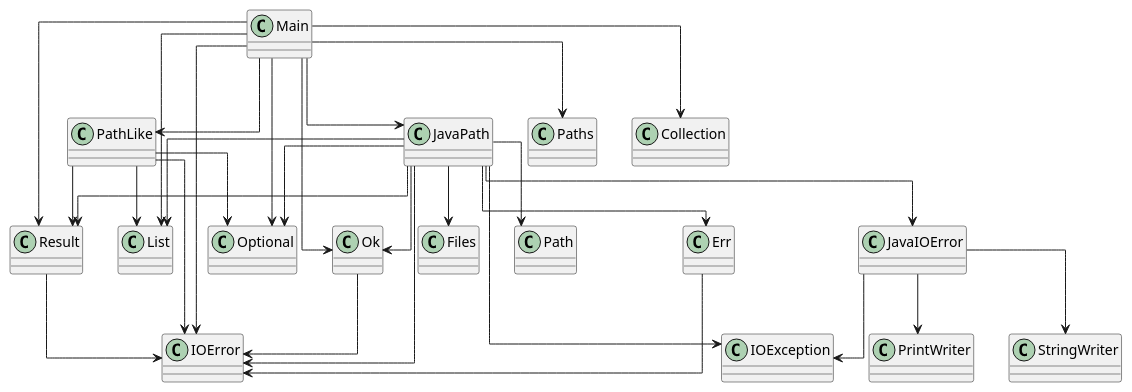
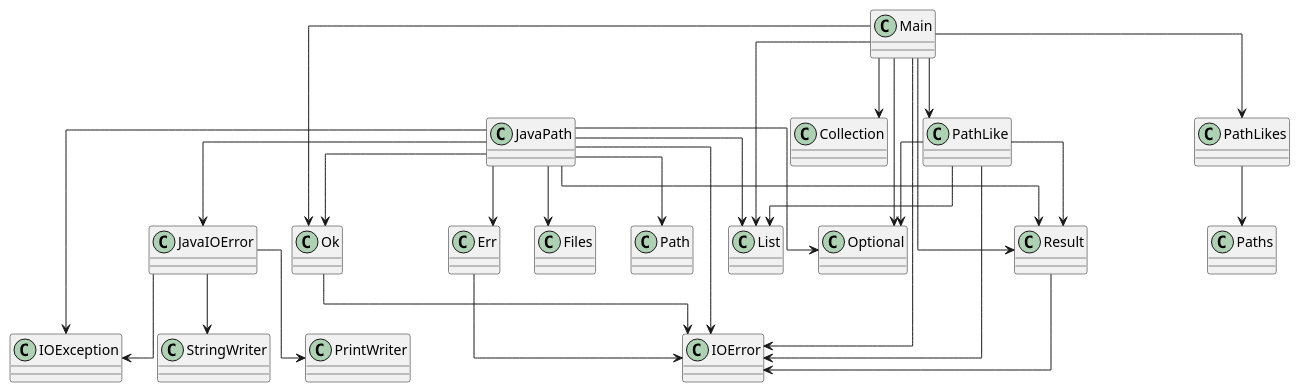
One commit to SirMathhman/Magma changed the diagram in diagram.puml. Above: the diagram before and after it, drawn with PlantUML. The commit also changed 2 other files, not shown here.

Commit message:
PathLikes

```diff
--- a/diagram.puml
+++ b/diagram.puml
@@ -1,41 +1,42 @@
 @startuml
 skinparam linetype ortho
 class IOError
 class JavaIOError
 JavaIOError --> IOException
 JavaIOError --> PrintWriter
 JavaIOError --> StringWriter
 class Main
 Main --> IOError
-Main --> JavaPath
 Main --> PathLike
+Main --> PathLikes
 Main --> Ok
 Main --> Result
-Main --> Paths
 Main --> Collection
 Main --> List
 Main --> Optional
 class JavaPath
 JavaPath --> IOError
 JavaPath --> JavaIOError
 JavaPath --> Err
 JavaPath --> Ok
 JavaPath --> Result
 JavaPath --> IOException
 JavaPath --> Files
 JavaPath --> Path
 JavaPath --> List
 JavaPath --> Optional
 class PathLike
 PathLike --> IOError
 PathLike --> Result
 PathLike --> List
 PathLike --> Optional
+class PathLikes
+PathLikes --> Paths
 class Err
 Err --> IOError
 class Ok
 Ok --> IOError
 class Result
 Result --> IOError
 
 @enduml
```
